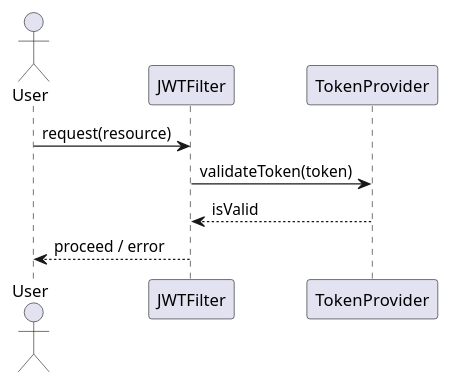
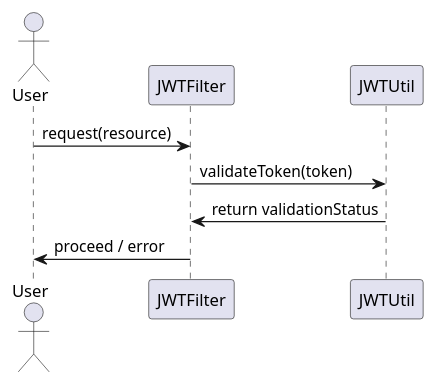
One commit to Dinesh-s95/AutoDoc.ai changed the third of 4 diagrams in enrollment/documentation/detaileddesign.adoc. Above: the diagram before and after it, drawn with PlantUML. The commit also changed other lines of this file and 3 other files, not shown here.

```diff
--- a/enrollment/documentation/detaileddesign.adoc
+++ b/enrollment/documentation/detaileddesign.adoc
@@ -215,13 +227,13 @@
-[plantuml, jwt-validation-flow, png]
+[plantuml, jwt-validation-sequence, png]
 ----
 @startuml
-actor User
-participant "JWTFilter" as Filter
-participant "TokenProvider" as TokenProvider
+actor User as user
+participant "JWTFilter" as jwtFilter
+participant "JWTUtil" as jwtUtil
 
-User -> Filter : request(resource)
-Filter -> TokenProvider : validateToken(token)
-TokenProvider --> Filter : isValid
-Filter --> User : proceed / error
+user -> jwtFilter : request(resource)
+jwtFilter -> jwtUtil : validateToken(token)
+jwtUtil -> jwtFilter : return validationStatus
+jwtFilter -> user : proceed / error
 @enduml
 ----
```
